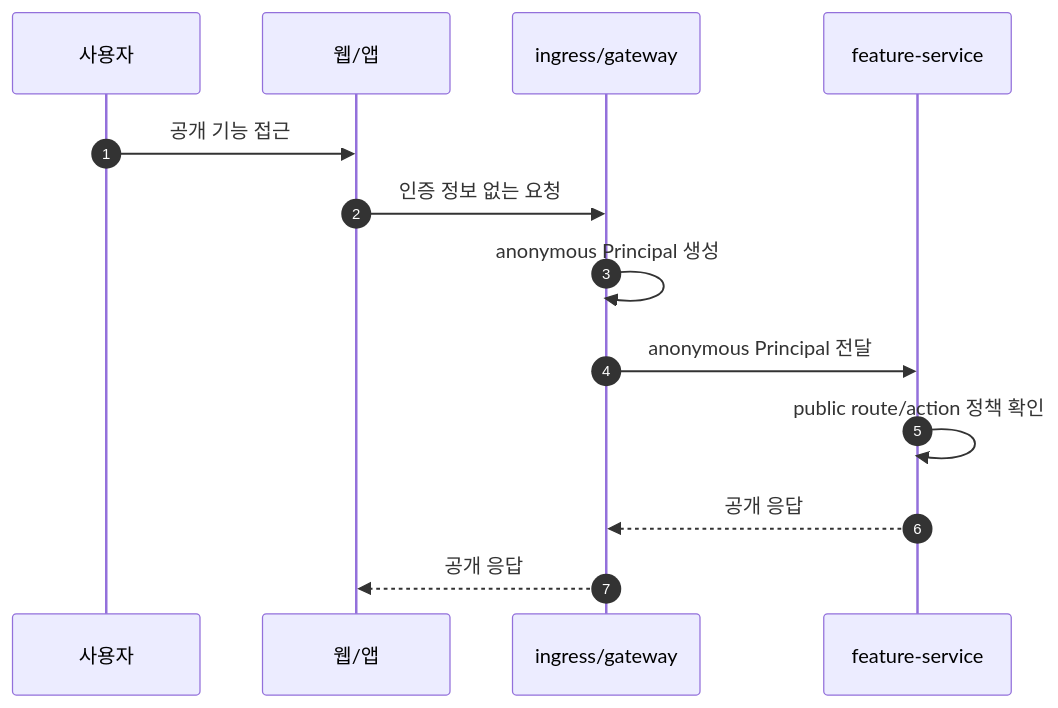
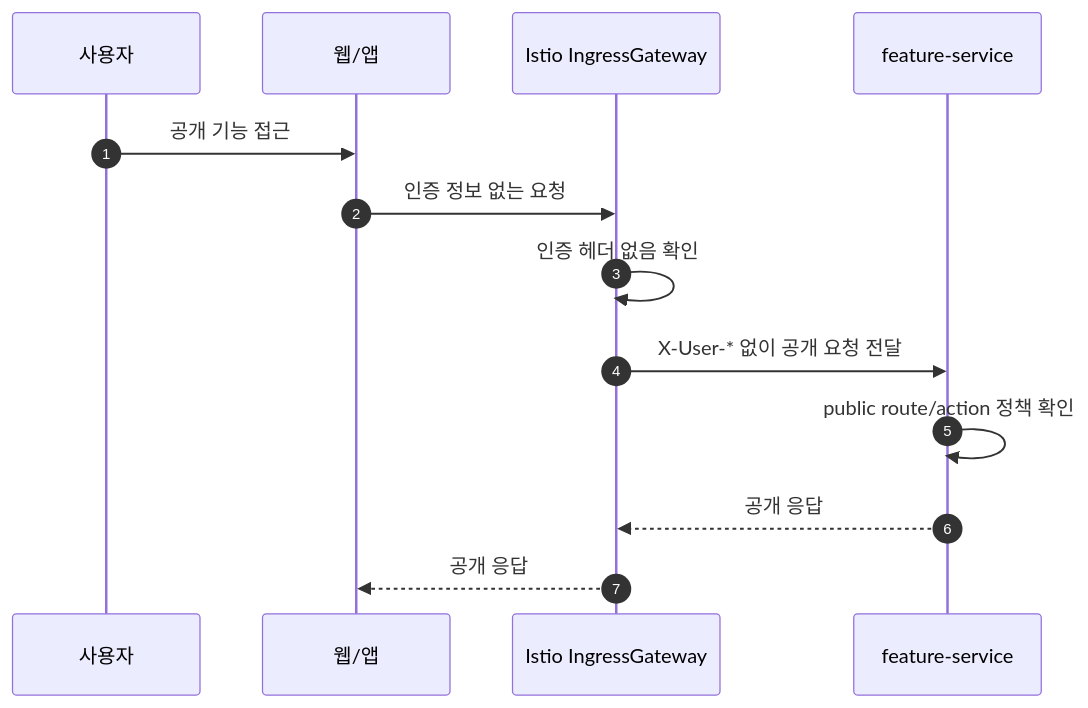
One commit to Medikong/archive changed the fifth of 15 diagrams in features/auth-user/01-scenarios.md. Above: the diagram before and after it, drawn with Mermaid. The commit also changed other lines of this file and 5 other files, not shown here.

````diff
--- a/features/auth-user/01-scenarios.md
+++ b/features/auth-user/01-scenarios.md
@@ -366,16 +447,16 @@
 ```mermaid
 sequenceDiagram
     autonumber
     participant U as 사용자
     participant FE as 웹/앱
-    participant GW as ingress/gateway
+    participant GW as Istio IngressGateway
     participant SVC as feature-service
 
     U->>FE: 공개 기능 접근
     FE->>GW: 인증 정보 없는 요청
-    GW->>GW: anonymous Principal 생성
-    GW->>SVC: anonymous Principal 전달
+    GW->>GW: 인증 헤더 없음 확인
+    GW->>SVC: X-User-* 없이 공개 요청 전달
     SVC->>SVC: public route/action 정책 확인
     SVC-->>GW: 공개 응답
     GW-->>FE: 공개 응답
 ```
````
